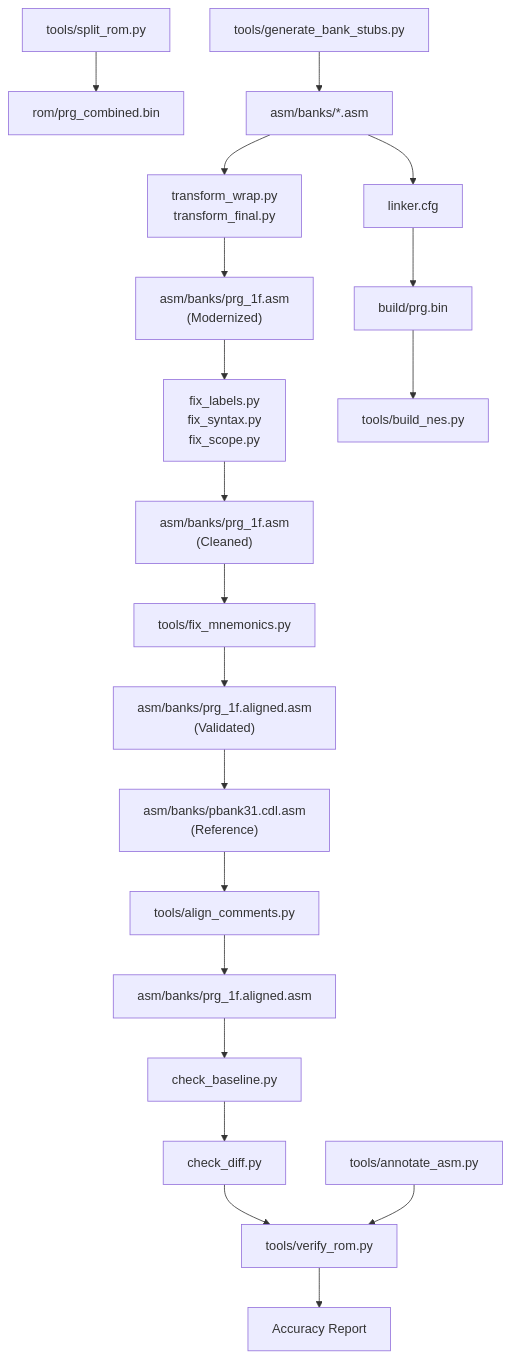
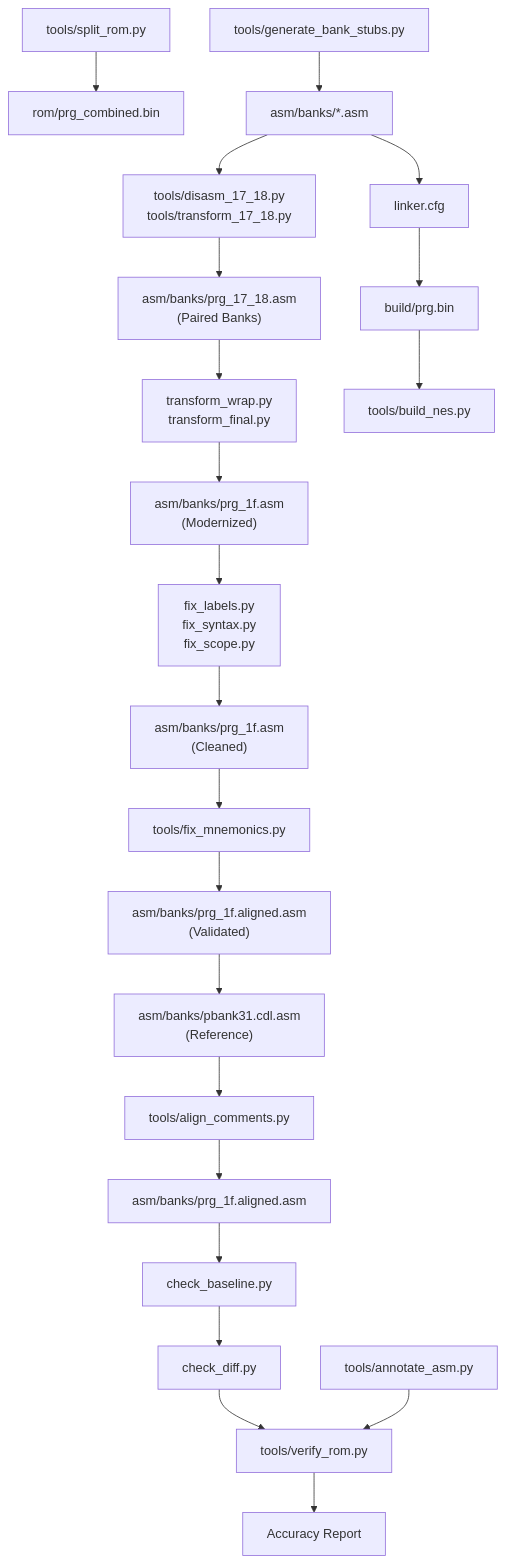
Before and after one commit to rabbyzero/sango2dasm: the sixth of 6 diagrams in .qoder/repowiki/en/content/Disassembly Workflow/Disassembly Workflow.md, drawn with Mermaid. The commit also changed other lines of this file and 11 other files, not shown here.

````diff
--- a/.qoder/repowiki/en/content/Disassembly Workflow/Disassembly Workflow.md
+++ b/.qoder/repowiki/en/content/Disassembly Workflow/Disassembly Workflow.md
@@ -529,22 +619,24 @@
 ```mermaid
 graph TB
 SPLIT["tools/split_rom.py"] --> BIN["rom/prg_combined.bin"]
 STUB["tools/generate_bank_stubs.py"] --> ASM["asm/banks/*.asm"]
-ASM --> TRANS["transform_wrap.py<br/>transform_final.py"]
+ASM --> DIS1718["tools/disasm_17_18.py<br/>tools/transform_17_18.py"]
+DIS1718 --> PAIR["asm/banks/prg_17_18.asm<br/>(Paired Banks)"]
+PAIR --> TRANS["transform_wrap.py<br/>transform_final.py"]
 TRANS --> MOD["asm/banks/prg_1f.asm<br/>(Modernized)"]
 MOD --> FIX["fix_labels.py<br/>fix_syntax.py<br/>fix_scope.py"]
 FIX --> CLEAN["asm/banks/prg_1f.asm<br/>(Cleaned)"]
 CLEAN --> REF["tools/fix_mnemonics.py"]
 REF --> VALID["asm/banks/prg_1f.aligned.asm<br/>(Validated)"]
 VALID --> CDL["asm/banks/pbank31.cdl.asm<br/>(Reference)"]
 CDL --> ALIGN["tools/align_comments.py"]
 ALIGN --> ALIGNED["asm/banks/prg_1f.aligned.asm"]
 ALIGNED --> BASE["check_baseline.py"]
 BASE --> DIFF["check_diff.py"]
 DIFF --> VERIFY["tools/verify_rom.py"]
 VERIFY --> ACC["Accuracy Report"]
 ASM --> LINK["linker.cfg"]
 LINK --> OBJ["build/prg.bin"]
 OBJ --> NES["tools/build_nes.py"]
 ANNO["tools/annotate_asm.py"] --> VERIFY
 ```
````
